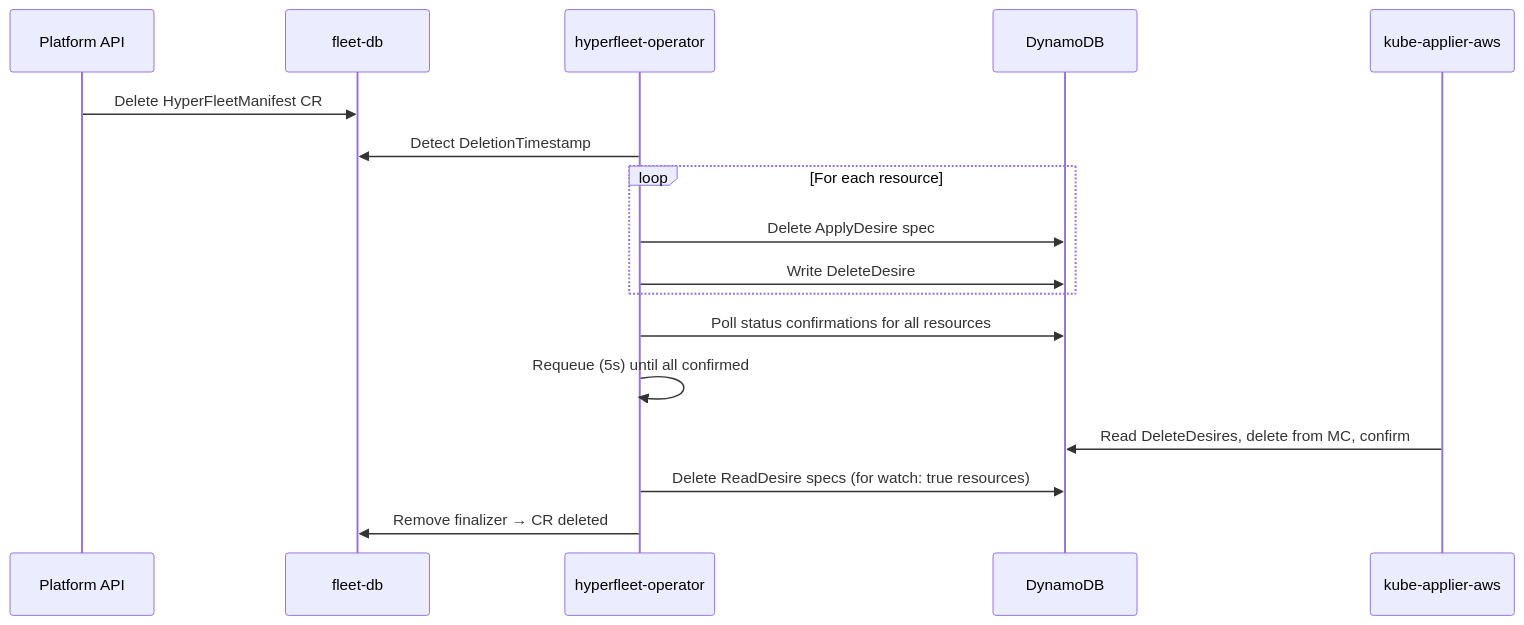
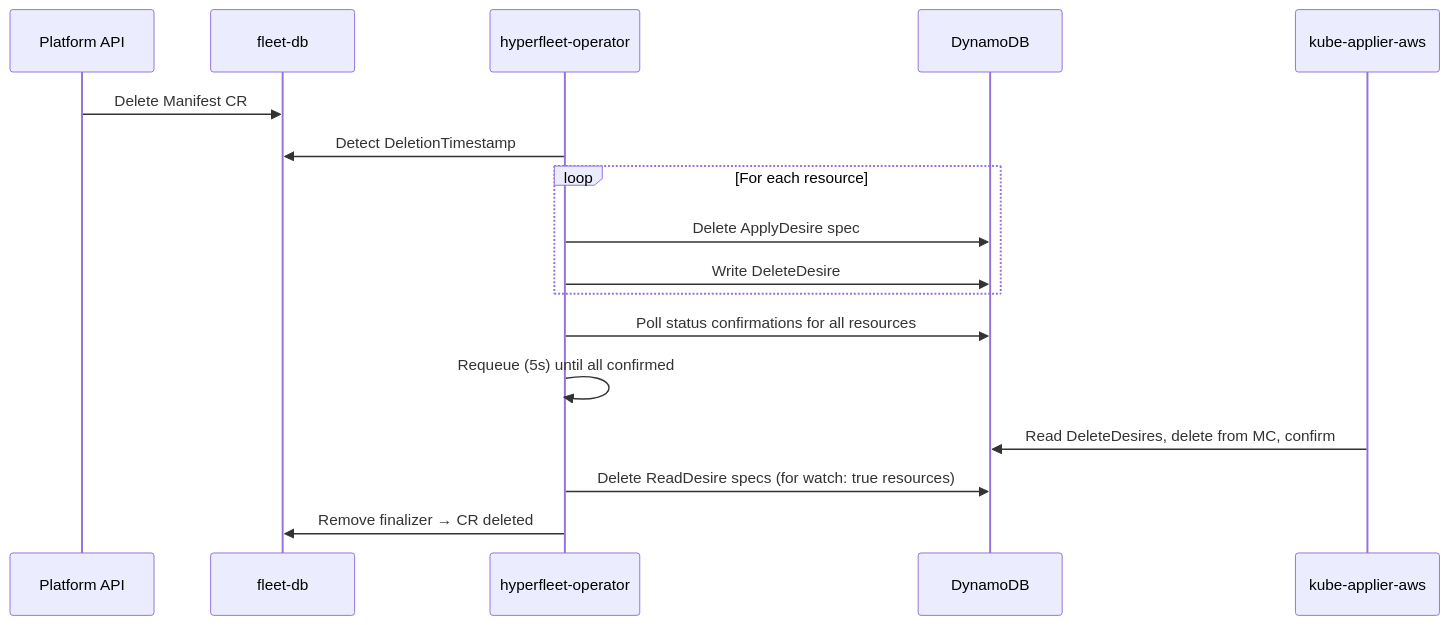
One commit to typeid/hyperfleet-operator changed the second of 2 diagrams in docs/manifest-controller.md. Above: the diagram before and after it, drawn with Mermaid. The commit also changed other lines of this file and 9 other files, not shown here.

````diff
--- a/docs/manifest-controller.md
+++ b/docs/manifest-controller.md
@@ -42,20 +43,20 @@
 ```mermaid
 sequenceDiagram
     participant API as Platform API
     participant FDB as fleet-db
     participant Op as hyperfleet-operator
     participant DDB as DynamoDB
     participant KA as kube-applier-aws
 
-    API->>FDB: Delete HyperFleetManifest CR
+    API->>FDB: Delete Manifest CR
     Op->>FDB: Detect DeletionTimestamp
     loop For each resource
         Op->>DDB: Delete ApplyDesire spec
         Op->>DDB: Write DeleteDesire
     end
     Op->>DDB: Poll status confirmations for all resources
     Op->>Op: Requeue (5s) until all confirmed
     KA->>DDB: Read DeleteDesires, delete from MC, confirm
     Op->>DDB: Delete ReadDesire specs (for watch: true resources)
     Op->>FDB: Remove finalizer → CR deleted
 ```
````
